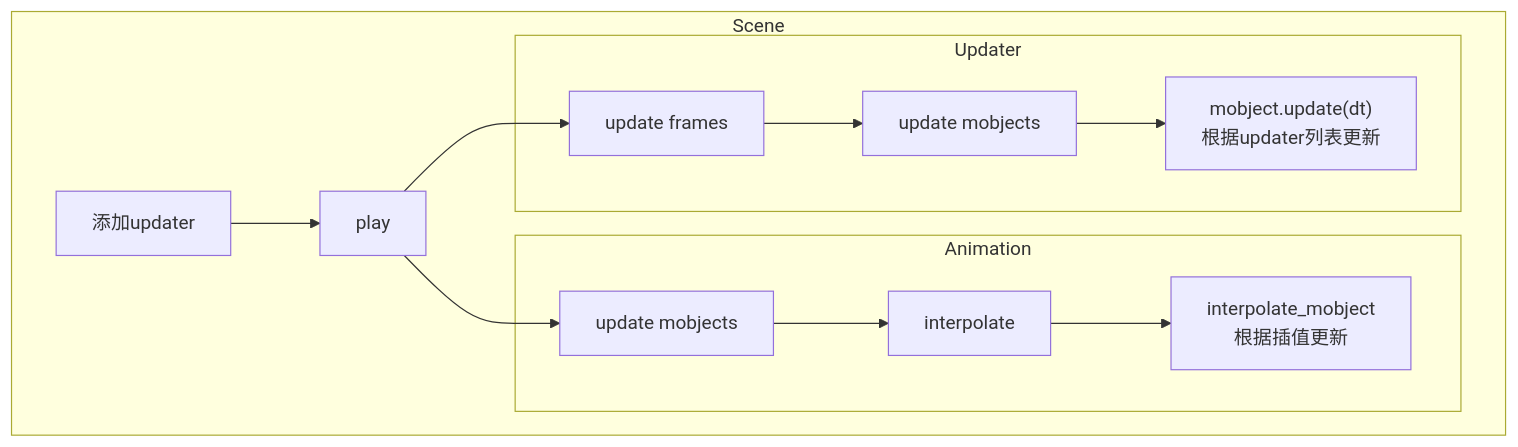
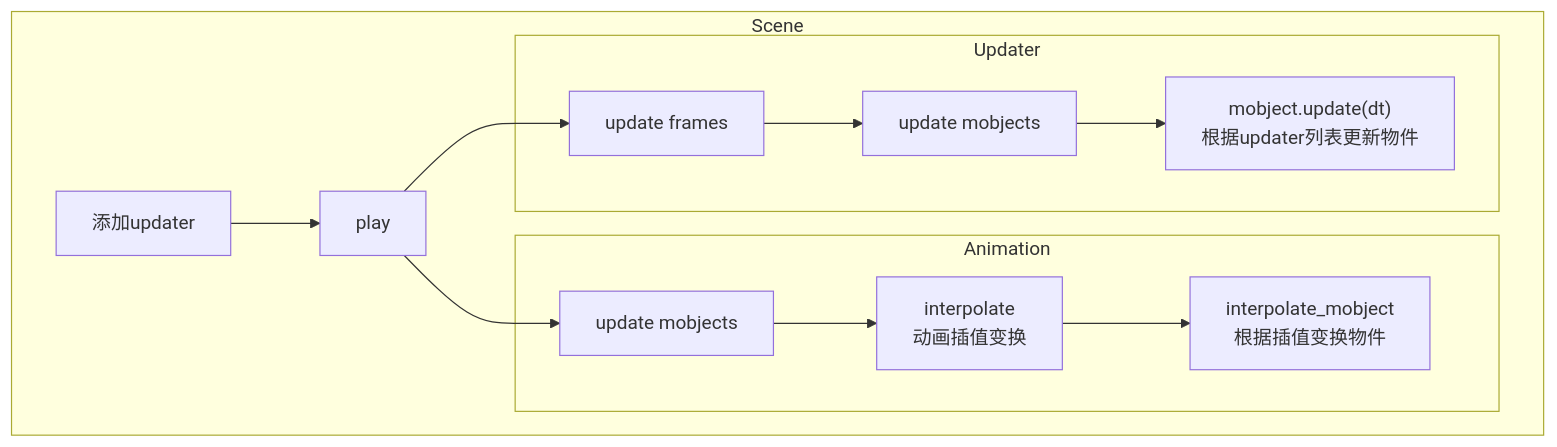
The diagram in docs/article/updater_tutorials/c02_basic_usage.md (widcardw/widcardw.github.io), drawn with Mermaid before and after one commit. The commit also changed other lines of this file and 8 other files, not shown here.

````diff
--- a/docs/article/updater_tutorials/c02_basic_usage.md
+++ b/docs/article/updater_tutorials/c02_basic_usage.md
@@ -45,19 +104,19 @@
 ```mermaid
 graph TD
 
 subgraph Scene
     a[添加updater] --> b[play]
     subgraph Animation
-        c["update mobjects"] --> d["interpolate"]
-        d --> e["interpolate_mobject<br>根据插值更新"]
+        c["update mobjects"] --> d["interpolate<br>动画插值变换"]
+        d --> e["interpolate_mobject<br>根据插值变换物件"]
     end
     subgraph Updater
         f["update frames"] --> g["update mobjects"]
-        g --> h["mobject.update(dt)<br>根据updater列表更新"]
+        g --> h["mobject.update(dt)<br>根据updater列表更新物件"]
     end
 end
 
 b --> c
 b --> f
 
 ```
````
